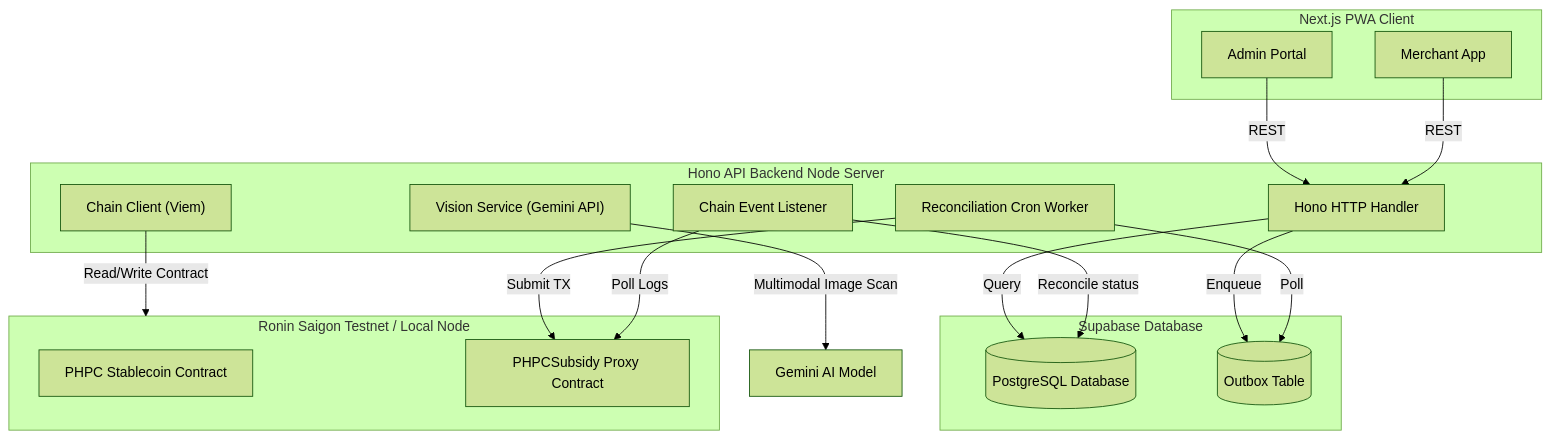
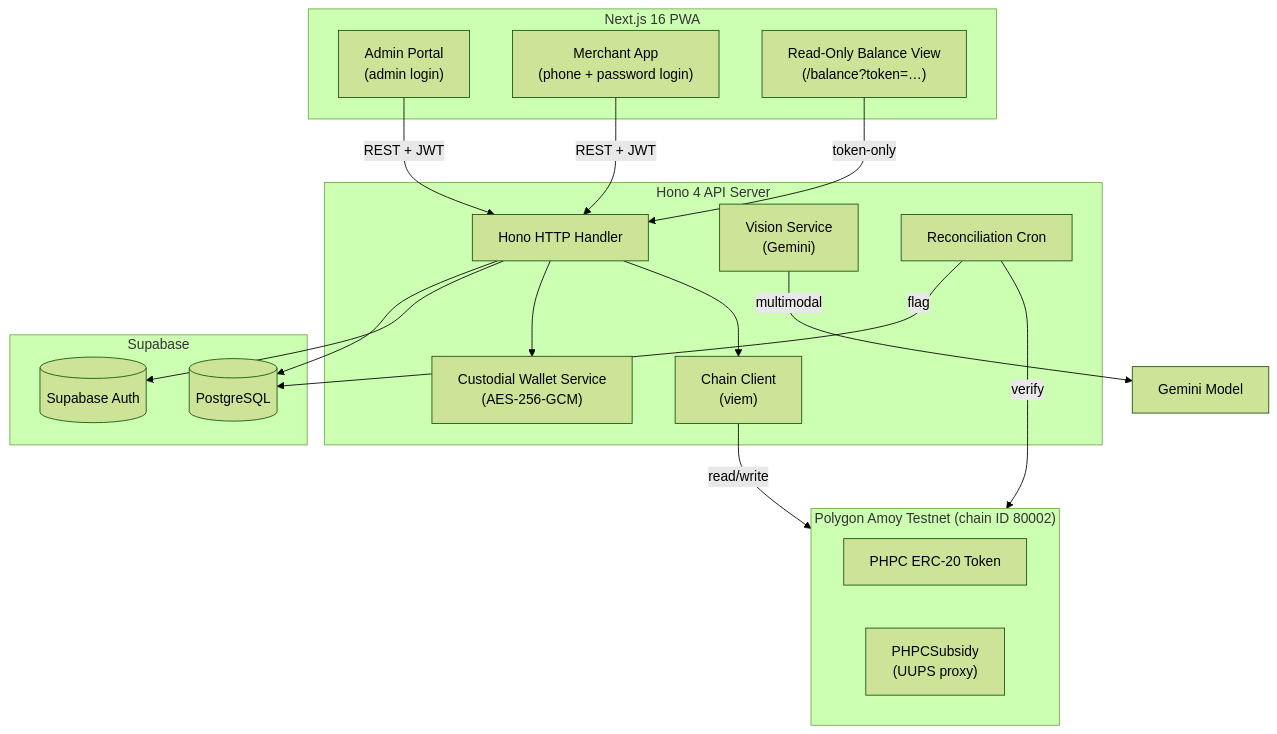
The diagram in README.md (alxxrzfyr/BANTAYOG), drawn with Mermaid (forest theme) before and after one commit. The commit also changed other lines of this file and 83 other files, not shown here.

Commit message:
ronin saigon/ronin wallet to polygon amoy/metamask

````diff
--- a/README.md
+++ b/README.md
@@ -82,36 +102,38 @@
 ```mermaid
 flowchart TD
-    subgraph Client ["Next.js PWA Client"]
-        AdminWeb["Admin Portal"]
-        MerchantWeb["Merchant App"]
+    subgraph Client ["Next.js 16 PWA"]
+        AdminWeb["Admin Portal<br/>(admin login)"]
+        MerchantWeb["Merchant App<br/>(phone + password login)"]
+        BalanceView["Read-Only Balance View<br/>(/balance?token=…)"]
     end
 
-    subgraph Backend ["Hono API Backend Node Server"]
+    subgraph Backend ["Hono 4 API Server"]
         HonoApp["Hono HTTP Handler"]
-        VisionSvc["Vision Service (Gemini API)"]
-        ChainClient["Chain Client (Viem)"]
-        OutboxWorker["Reconciliation Cron Worker"]
-        EventList["Chain Event Listener"]
+        VisionSvc["Vision Service<br/>(Gemini)"]
+        ChainClient["Chain Client<br/>(viem)"]
+        Custodial["Custodial Wallet Service<br/>(AES-256-GCM)"]
+        ReconcileCron["Reconciliation Cron"]
     end
 
-    subgraph Database ["Supabase Database"]
-        PostgresDB[("PostgreSQL Database")]
-        OutboxTable[("Outbox Table")]
+    subgraph Database ["Supabase"]
+        Postgres[("PostgreSQL")]
+        Auth[("Supabase Auth")]
     end
 
-    subgraph Blockchain ["Ronin Saigon Testnet / Local Node"]
-        PHPC["PHPC Stablecoin Contract"]
-        PHPCSubsidy["PHPCSubsidy Proxy Contract"]
+    subgraph Chain ["Polygon Amoy Testnet (chain ID 80002)"]
+        PHPC["PHPC ERC-20 Token"]
+        PHPCSubsidy["PHPCSubsidy<br/>(UUPS proxy)"]
     end
 
-    AdminWeb -->|REST| HonoApp
-    MerchantWeb -->|REST| HonoApp
-    HonoApp -->|Query| PostgresDB
-    HonoApp -->|Enqueue| OutboxTable
-    OutboxWorker -->|Poll| OutboxTable
-    OutboxWorker -->|Submit TX| PHPCSubsidy
-    EventList -->|Poll Logs| PHPCSubsidy
-    EventList -->|Reconcile status| PostgresDB
-    VisionSvc -->|Multimodal Image Scan| GeminiAPI["Gemini AI Model"]
-    ChainClient -->|Read/Write Contract| Blockchain
+    AdminWeb -->|REST + JWT| HonoApp
+    MerchantWeb -->|REST + JWT| HonoApp
+    BalanceView -->|token-only| HonoApp
+    HonoApp --> Postgres
+    HonoApp --> Auth
+    HonoApp --> Custodial
+    HonoApp --> ChainClient
+    VisionSvc -->|multimodal| GeminiAPI["Gemini Model"]
+    ChainClient -->|read/write| Chain
+    ReconcileCron -->|verify| Chain
+    ReconcileCron -->|flag| Postgres
 ```
````
